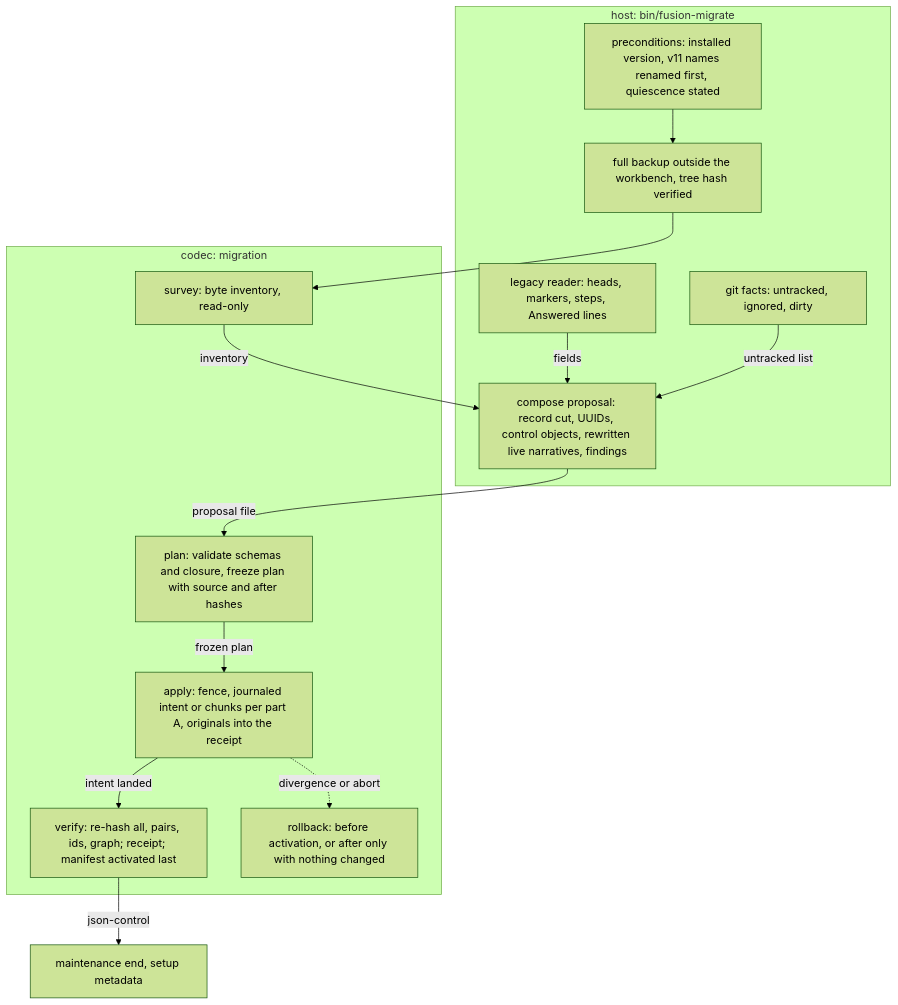
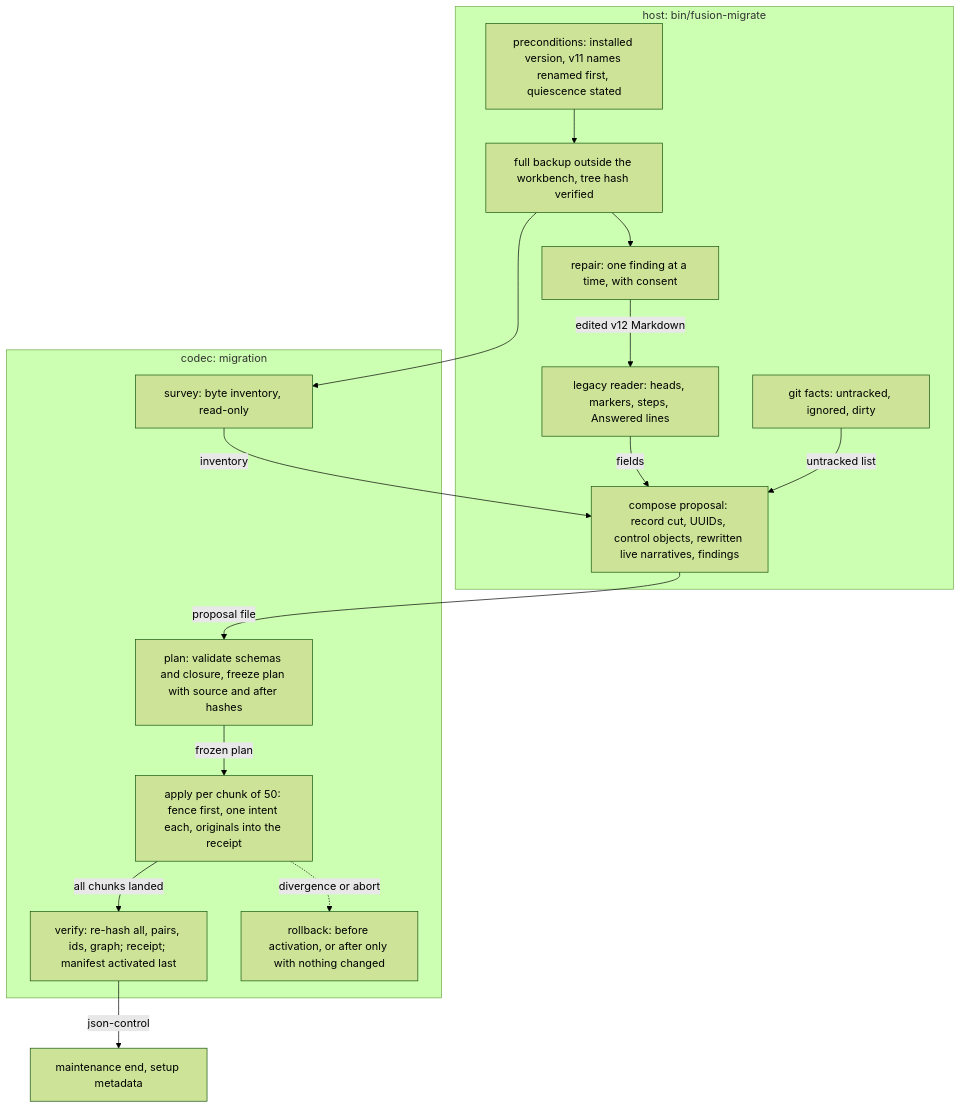
One commit to tenzoki/fusion changed the first of 2 diagrams in fusion-workbench/work-packages/260928-1338-json-control-data-and-markdown-artefacts/plans/261001-1804_p_plan-fj04-the-migration-of-a-legacy-workbench-proven-on-copies.md. Above: the diagram before and after it, drawn with Mermaid (forest theme). The commit also changed other lines of this file and 1 other file, not shown here.

First line of the commit message:
docs(workbench): FJ04 part B after the go: chunked intents, a split frozen plan and a consented repair step

````diff
--- a/fusion-workbench/work-packages/260928-1338-json-control-data-and-markdown-artefacts/plans/261001-1804_p_plan-fj04-the-migration-of-a-legacy-workbench-proven-on-copies.md
+++ b/fusion-workbench/work-packages/260928-1338-json-control-data-and-markdown-artefacts/plans/261001-1804_p_plan-fj04-the-migration-of-a-legacy-workbench-proven-on-copies.md
@@ -34,26 +34,29 @@
 ```mermaid
 flowchart TD
   subgraph Host["host: bin/fusion-migrate"]
     P0[preconditions: installed version, v11 names renamed first, quiescence stated]
     B0[full backup outside the workbench, tree hash verified]
     R[legacy reader: heads, markers, steps, Answered lines]
     C[compose proposal: record cut, UUIDs, control objects, rewritten live narratives, findings]
+    RP[repair: one finding at a time, with consent]
     G[git facts: untracked, ignored, dirty]
   end
   subgraph Codec["codec: migration"]
     S[survey: byte inventory, read-only]
     PL[plan: validate schemas and closure, freeze plan with source and after hashes]
-    A[apply: fence, journaled intent or chunks per part A, originals into the receipt]
+    A[apply per chunk of 50: fence first, one intent each, originals into the receipt]
     V[verify: re-hash all, pairs, ids, graph; receipt; manifest activated last]
     RB[rollback: before activation, or after only with nothing changed]
   end
-  P0 --> B0 --> S
+  P0 --> B0 --> RP
+  RP -->|edited v12 Markdown| R
+  B0 --> S
   S -->|inventory| C
   R -->|fields| C
   G -->|untracked list| C
   C -->|proposal file| PL
   PL -->|frozen plan| A
-  A -->|intent landed| V
+  A -->|all chunks landed| V
   V -->|json-control| E[maintenance end, setup metadata]
   A -.->|divergence or abort| RB
 ```
````
